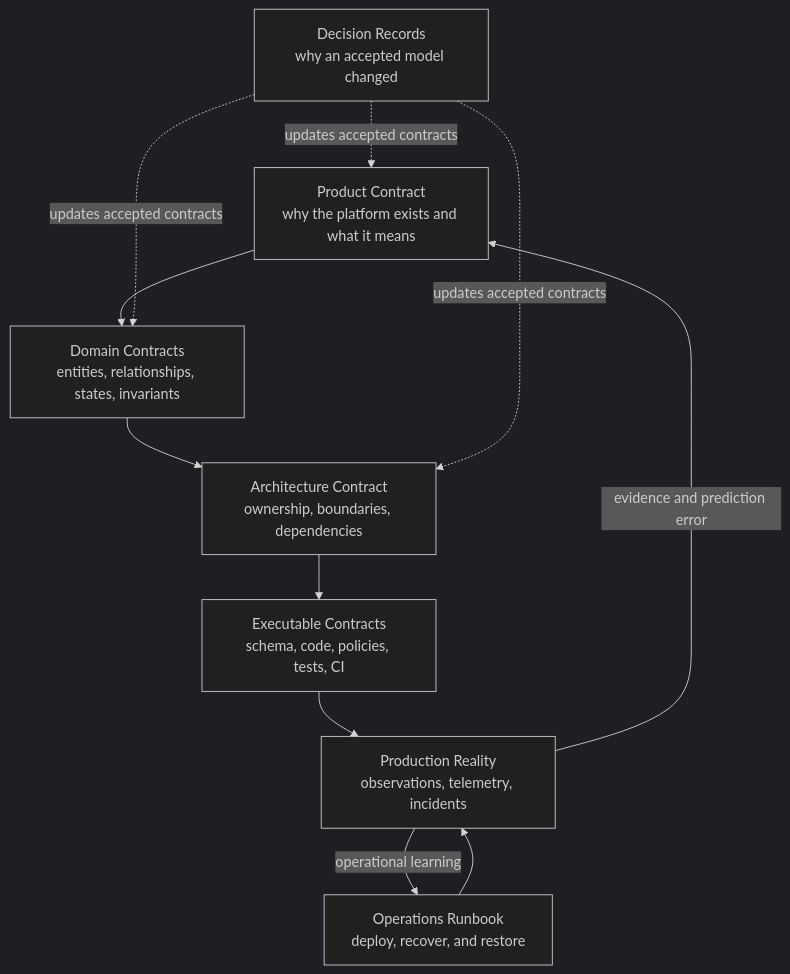
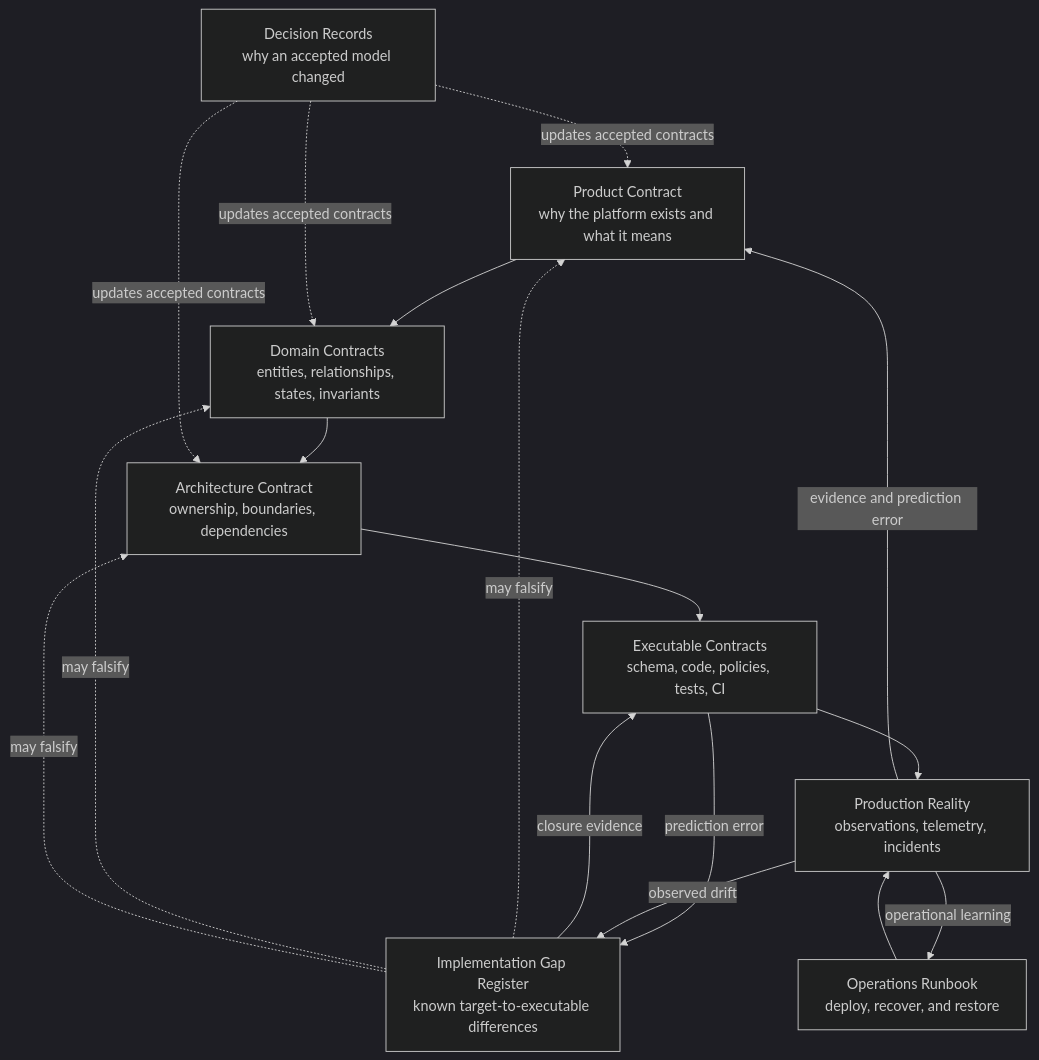
One commit to 963sup/No-Code-Collaboration-Platform changed the diagram in docs/README.md. Above: the diagram before and after it, drawn with Mermaid (dark theme). The commit also changed other lines of this file and 5 other files, not shown here.

Commit message:
docs: register contract implementation gaps

````diff
--- a/docs/README.md
+++ b/docs/README.md
@@ -16,21 +17,28 @@
 ```mermaid
 flowchart TB
   product["Product Contract<br/>why the platform exists and what it means"]
   domain["Domain Contracts<br/>entities, relationships, states, invariants"]
   architecture["Architecture Contract<br/>ownership, boundaries, dependencies"]
   executable["Executable Contracts<br/>schema, code, policies, tests, CI"]
   production["Production Reality<br/>observations, telemetry, incidents"]
+  gaps["Implementation Gap Register<br/>known target-to-executable differences"]
   adr["Decision Records<br/>why an accepted model changed"]
   runbook["Operations Runbook<br/>deploy, recover, and restore"]
 
   product --> domain
   domain --> architecture
   architecture --> executable
   executable --> production
+  executable -->|"prediction error"| gaps
+  production -->|"observed drift"| gaps
+  gaps -->|"closure evidence"| executable
+  gaps -.->|"may falsify"| product
+  gaps -.->|"may falsify"| domain
+  gaps -.->|"may falsify"| architecture
   production -->|"evidence and prediction error"| product
   adr -.->|"updates accepted contracts"| product
   adr -.->|"updates accepted contracts"| domain
   adr -.->|"updates accepted contracts"| architecture
   runbook --> production
   production -->|"operational learning"| runbook
 ```
````
